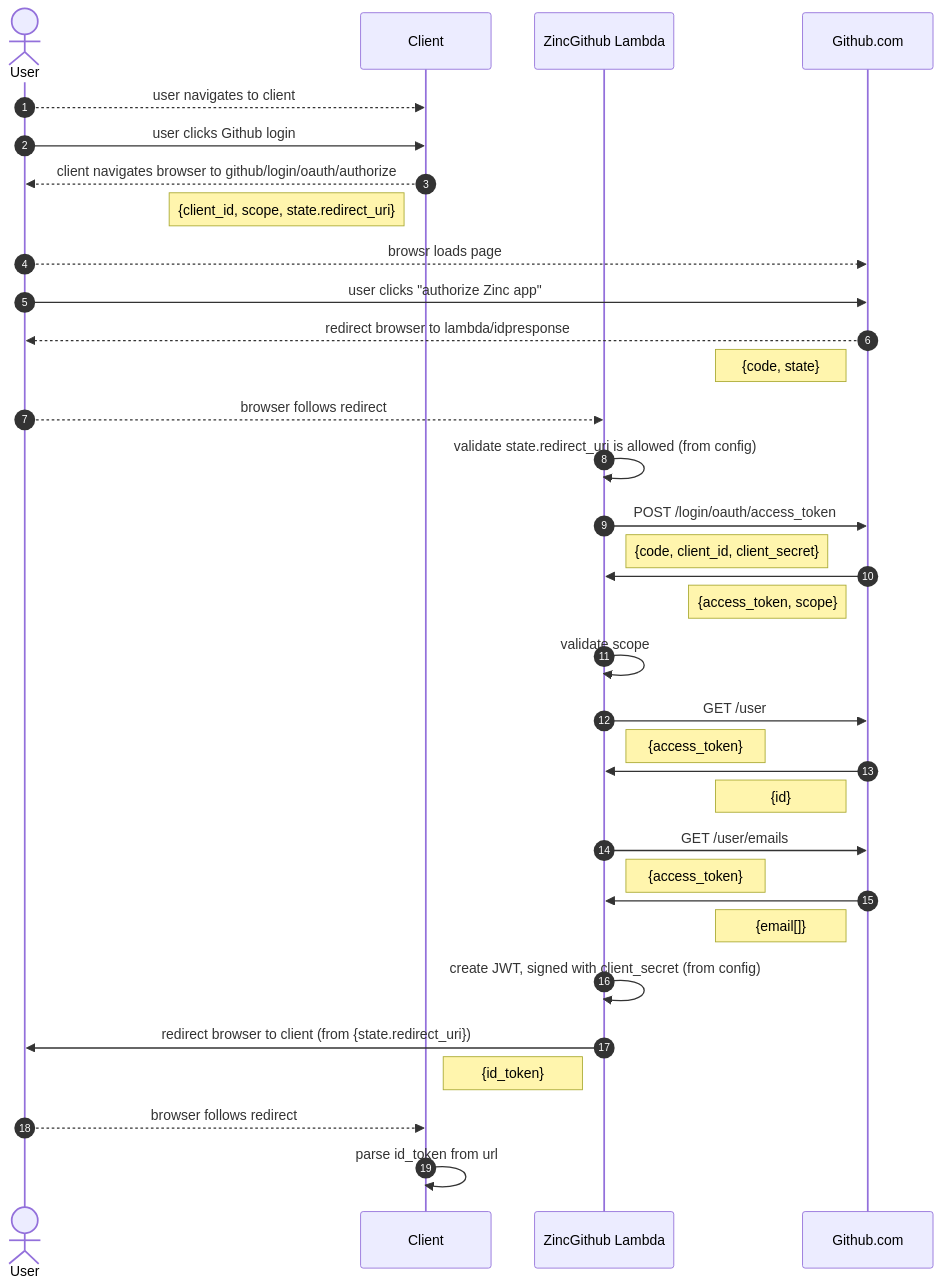
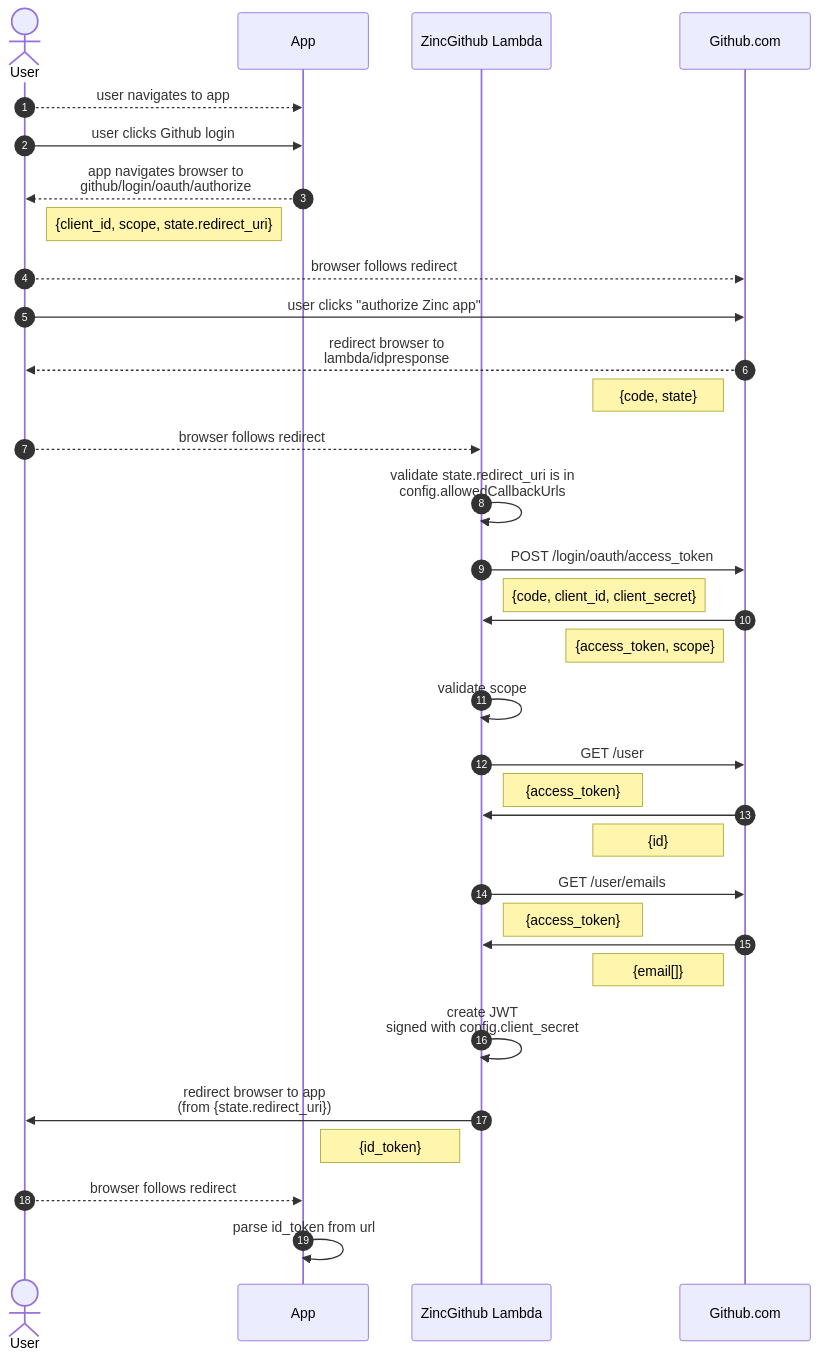
The diagram in aws-infra/lambda/doc/direct-github-sign-in.md (shorn/zinc), drawn with Mermaid before and after one commit. The commit also changed 5 other files, not shown here.

````diff
--- a/aws-infra/lambda/doc/direct-github-sign-in.md
+++ b/aws-infra/lambda/doc/direct-github-sign-in.md
@@ -3,38 +3,40 @@
 ```mermaid
 sequenceDiagram
 autonumber
 actor user as User
-participant client as Client
+participant app as App
 participant lambda as ZincGithub Lambda
 participant github as Github.com
 
-user-->>client: user navigates to client
-user->>client: user clicks Github login
-client-->>user: client navigates browser to github/login/oauth/authorize
-note left of client: {client_id, scope, state.redirect_uri}
-user-->>github: browsr loads page
+user-->>app: user navigates to app
+user->>app: user clicks Github login
+app-->>user: app navigates browser to<br/>github/login/oauth/authorize
+note left of app: {client_id, scope, state.redirect_uri}
+
+user-->>github: browser follows redirect
 user->>github: user clicks "authorize Zinc app" 
-github-->>user: redirect browser to lambda/idpresponse
+github-->>user: redirect browser to<br/>lambda/idpresponse
 note left of github: {code, state}
+
 user-->>lambda: browser follows redirect
-lambda->>lambda: validate state.redirect_uri is allowed (from config)
+lambda->>lambda: validate state.redirect_uri is in<br/>config.allowedCallbackUrls
 lambda->>github: POST /login/oauth/access_token
 note right of lambda: {code, client_id, client_secret}
 github->>lambda: 
 note left of github: {access_token, scope} 
 lambda->>lambda: validate scope
 lambda->>github: GET /user
 note right of lambda: {access_token}
 github->>lambda: 
 note left of github: {id}
 lambda->>github: GET /user/emails
 note right of lambda: {access_token}
 github->>lambda: 
 note left of github: {email[]}
-lambda->>lambda: create JWT, signed with client_secret (from config)
-lambda->>user: redirect browser to client (from {state.redirect_uri}) 
+lambda->>lambda: create JWT<br/>signed with config.client_secret
+lambda->>user: redirect browser to app<br/>(from {state.redirect_uri}) 
 note left of lambda: {id_token}
-user-->>client: browser follows redirect
-client->>client: parse id_token from url
+user-->>app: browser follows redirect
+app->>app: parse id_token from url
 
 ```
````
